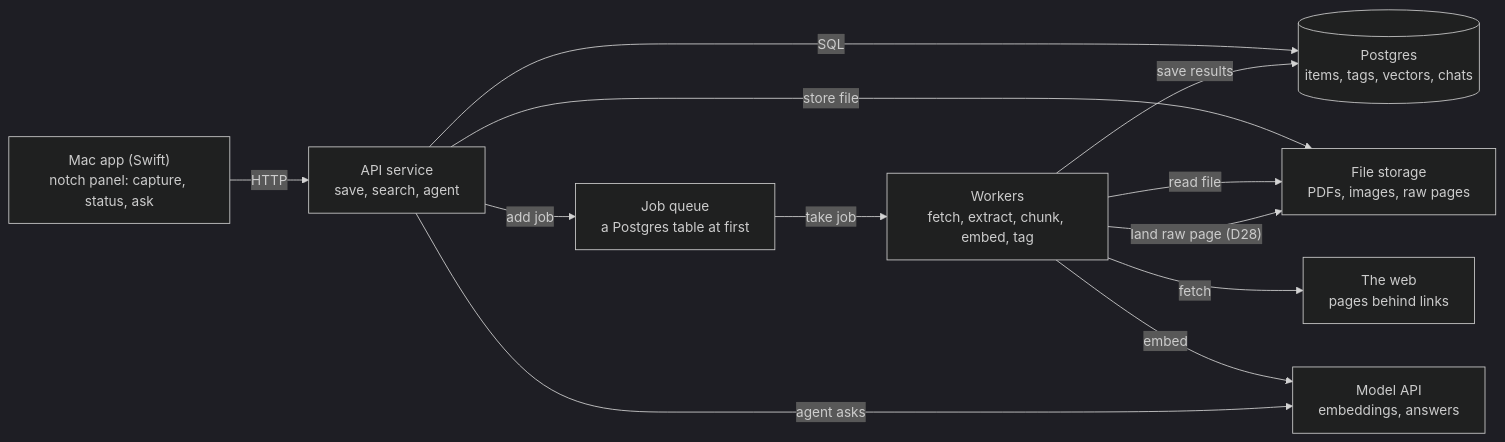
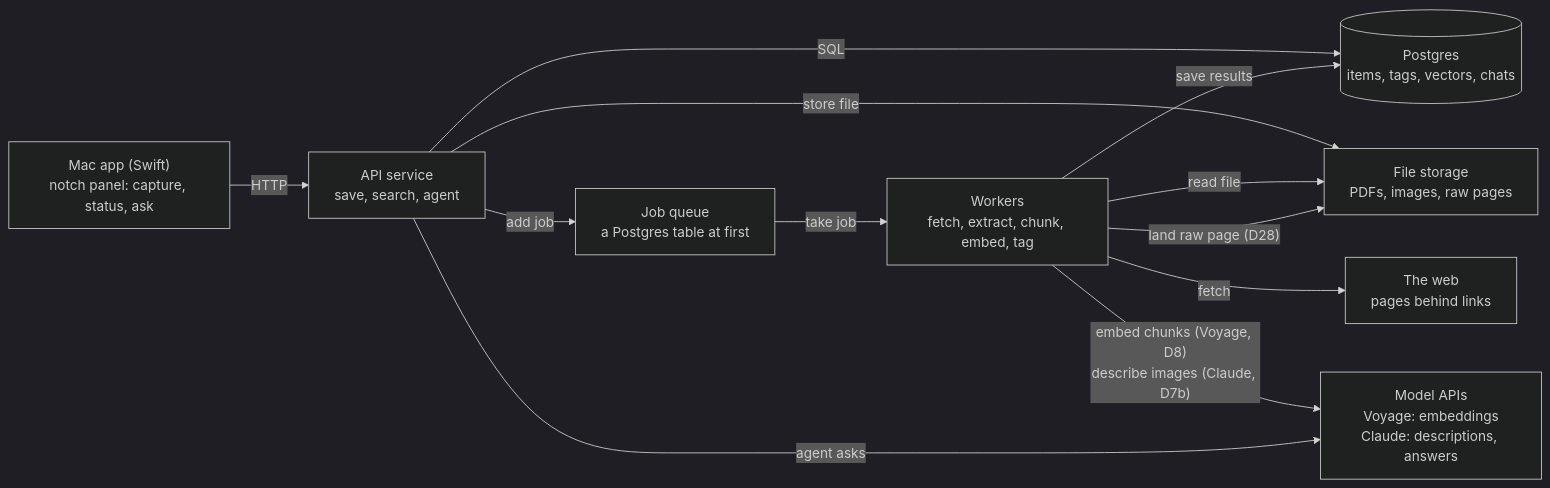
Before and after one commit to sxnfer/mind-dump: the diagram in docs/plan/architecture.md, drawn with Mermaid (dark theme). The commit also changed other lines of this file and 4 other files, not shown here.

First line of the commit message:
Docs: M3 schema, tasks, architecture, setup and status

````diff
--- a/docs/plan/architecture.md
+++ b/docs/plan/architecture.md
@@ -7,14 +7,14 @@
 ```mermaid
 flowchart LR
     App["Mac app (Swift)<br/>notch panel: capture, status, ask"] -- HTTP --> API["API service<br/>save, search, agent"]
     API -- SQL --> DB[("Postgres<br/>items, tags, vectors, chats")]
     API -- "add job" --> Q["Job queue<br/>a Postgres table at first"]
     API -- "store file" --> FS["File storage<br/>PDFs, images, raw pages"]
     Q -- "take job" --> W["Workers<br/>fetch, extract, chunk, embed, tag"]
     W -- "save results" --> DB
     W -- "read file" --> FS
     W -- fetch --> WEB["The web<br/>pages behind links"]
     W -- "land raw page (D28)" --> FS
-    W -- embed --> M["Model API<br/>embeddings, answers"]
+    W -- "embed chunks (Voyage, D8)<br/>describe images (Claude, D7b)" --> M["Model APIs<br/>Voyage: embeddings<br/>Claude: descriptions, answers"]
     API -- "agent asks" --> M
 ```
````
